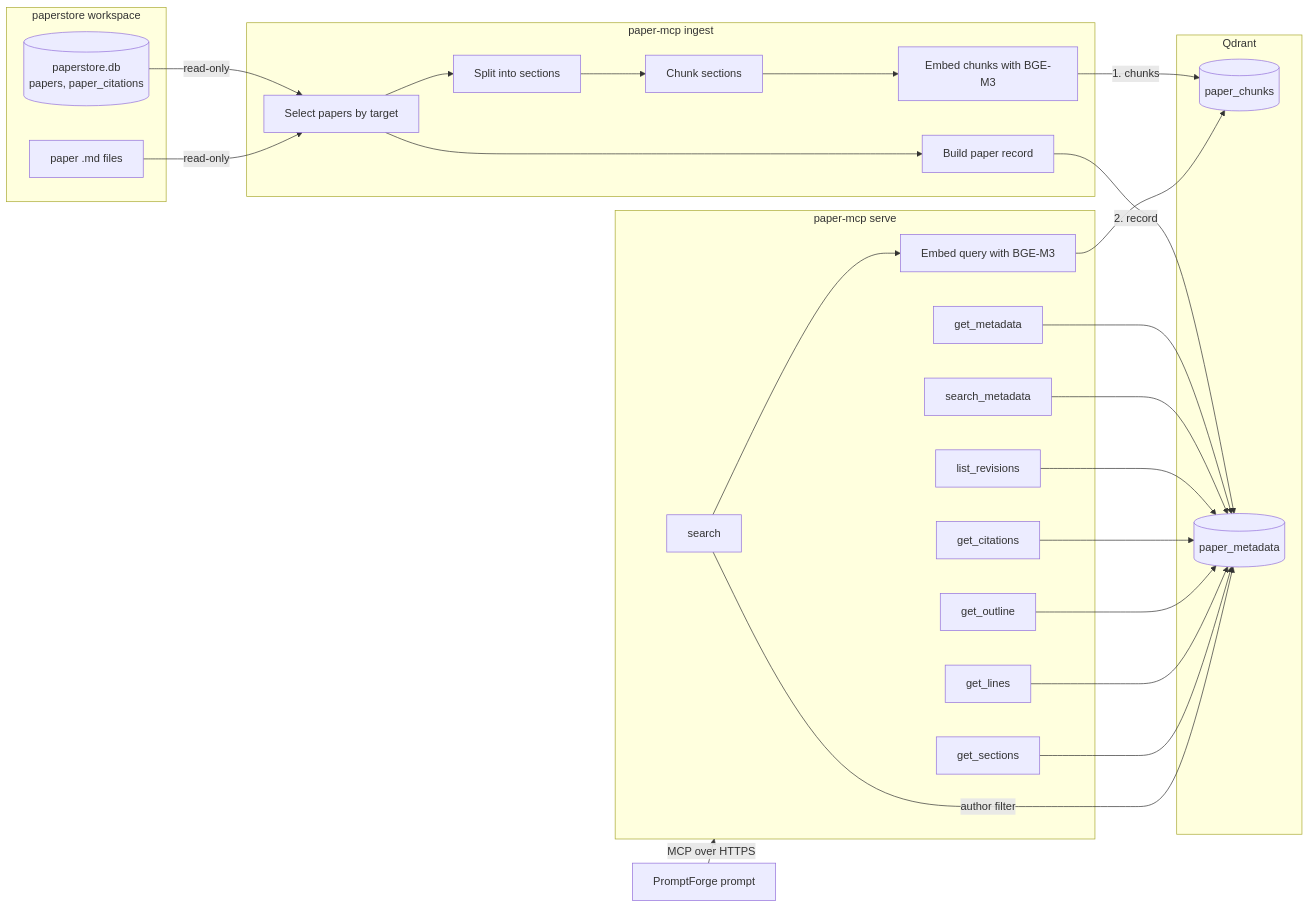
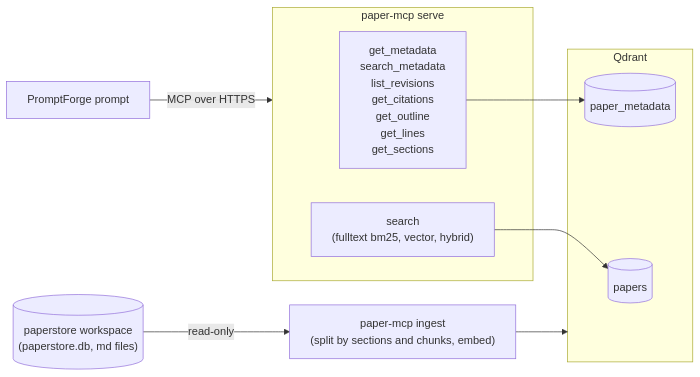
The diagram in rust-paper-mcp-design.md (jasonbrazeal/cppalliance-gists), drawn with Mermaid before and after one commit. The commit also changed other lines of this file, not shown here.

````diff
--- a/rust-paper-mcp-design.md
+++ b/rust-paper-mcp-design.md
@@ -59,46 +59,23 @@
 ```mermaid
+%%{init: {"flowchart": {"wrappingWidth": 400}}}%%
 flowchart LR
-    subgraph WS[paperstore workspace]
-        DB[("paperstore.db<br/>papers, paper_citations")]
-        MD[paper .md files]
-    end
-    subgraph ING[paper-mcp ingest]
-        I1[Select papers by target]
-        I2[Split into sections]
-        I3[Chunk sections]
-        I4[Embed chunks with BGE-M3]
-        I5[Build paper record]
-        I1 --> I2 --> I3 --> I4
-        I1 --> I5
-    end
+    WS[("paperstore workspace<br/>(paperstore.db, md files)")]
+    ING["paper-mcp ingest<br/>(split by sections and chunks, embed)"]
     subgraph Q[Qdrant]
-        QC[(paper_chunks)]
+        QC[(papers)]
         QM[(paper_metadata)]
     end
+    T1["get_metadata<br/>search_metadata<br/>list_revisions<br/>get_citations<br/>get_outline<br/>get_lines<br/>get_sections"]
+    T2["search<br/>(fulltext bm25, vector, hybrid)"]
     subgraph SRV[paper-mcp serve]
-        GM[get_metadata]
-        SM[search_metadata]
-        LR[list_revisions]
-        GC[get_citations]
-        GO[get_outline]
-        GL[get_lines]
-        GS[get_sections]
-        S[search]
-        E[Embed query with BGE-M3]
-        S --> E
+        T1
+        T2
     end
-    C[PromptForge prompt] -->|MCP over HTTPS| SRV
-    DB -->|read-only| I1
-    MD -->|read-only| I1
-    I4 -->|1. chunks| QC
-    I5 -->|2. record| QM
-    GM --> QM
-    SM --> QM
-    LR --> QM
-    GC --> QM
-    GO --> QM
-    GL --> QM
-    GS --> QM
-    S -->|author filter| QM
-    E --> QC
+    C[PromptForge prompt]
+
+    WS -->|read-only| ING
+    ING --> Q
+    T1 --> QM
+    T2 --> QC
+    C -->|MCP over HTTPS| SRV
 ```
````
